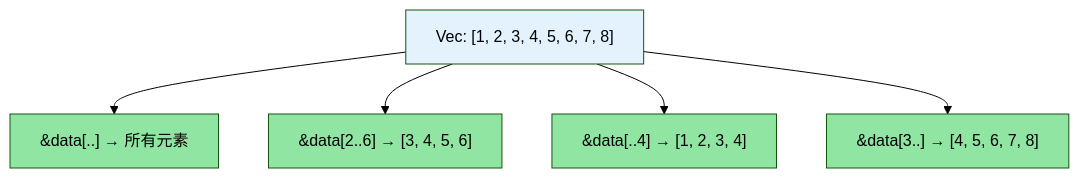
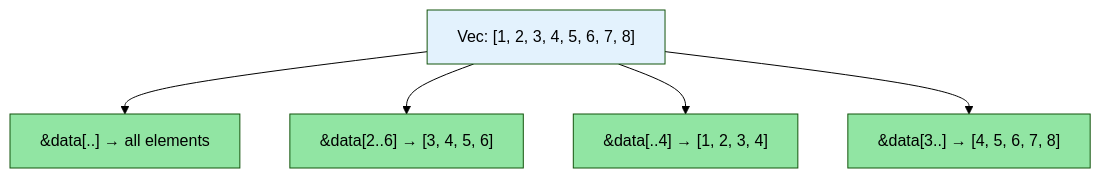
The fourth of 4 diagrams in src/ch01-introduction-and-motivation.md (hex623/rust-training-zh), drawn with Mermaid (forest theme) before and after one commit. The commit also changed other lines of this file and 21 other files, not shown here.

````diff
--- a/src/ch01-introduction-and-motivation.md
+++ b/src/ch01-introduction-and-motivation.md
@@ -186,14 +186,14 @@
 ```mermaid
 graph TD
     V["Vec: [1, 2, 3, 4, 5, 6, 7, 8]"]
-    V --> FS["&data[..] → 所有元素"]
+    V --> FS["&data[..] → all elements"]
     V --> PS["&data[2..6] → [3, 4, 5, 6]"]
     V --> SS["&data[..4] → [1, 2, 3, 4]"]
     V --> ES["&data[3..] → [4, 5, 6, 7, 8]"]
     
     style V fill:#e3f2fd,color:#000
     style FS fill:#91e5a3,color:#000
     style PS fill:#91e5a3,color:#000
     style SS fill:#91e5a3,color:#000
     style ES fill:#91e5a3,color:#000
 ```
````
